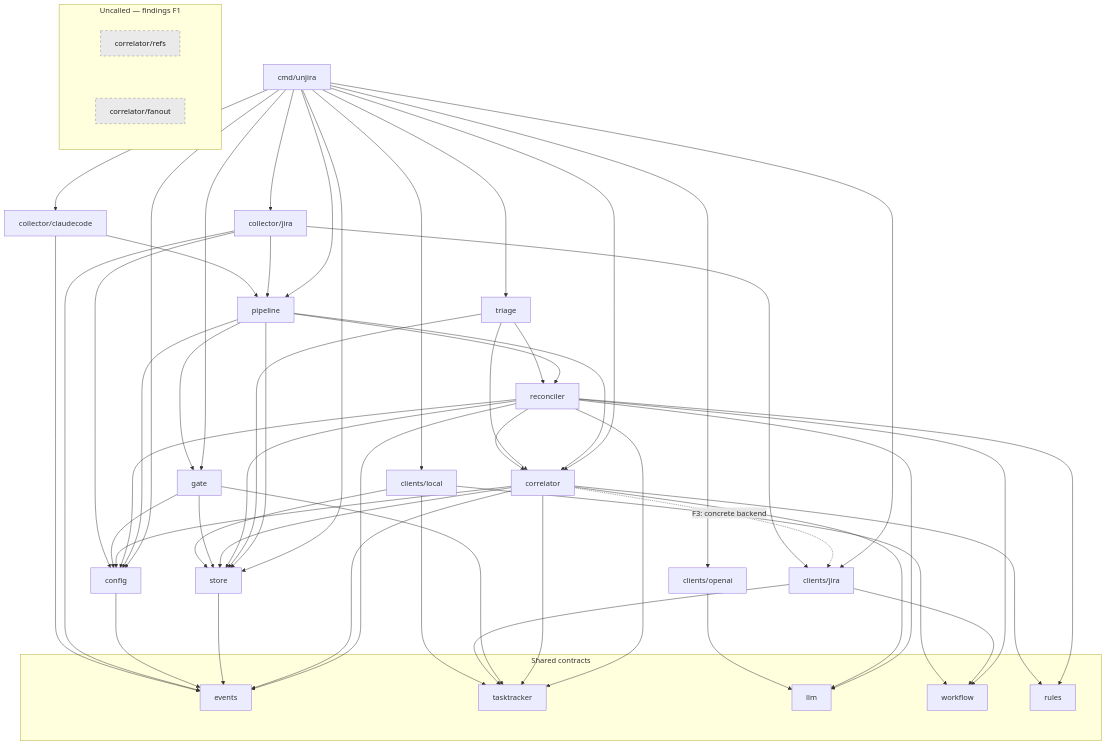
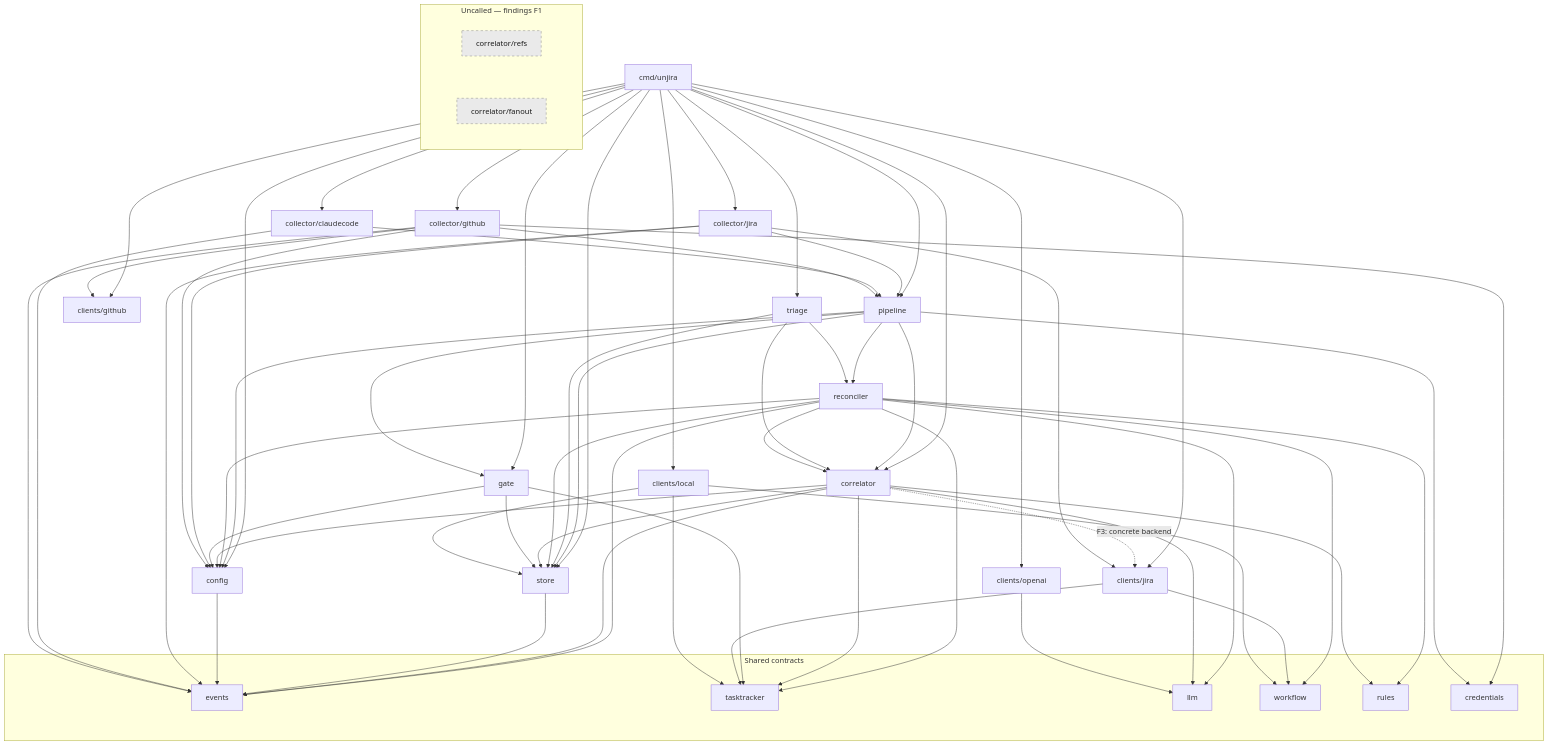
The fourth of 4 diagrams in docs/architecture.md (jcogilvie/unjira), drawn with Mermaid before and after one commit. The commit also changed other lines of this file and 22 other files, not shown here.

````diff
--- a/docs/architecture.md
+++ b/docs/architecture.md
@@ -241,53 +252,58 @@
 ```mermaid
 ---
 config:
   nodeSpacing: 90
   rankSpacing: 130
 ---
 flowchart TB
     CMD["cmd/unjira"]
     PIPE["pipeline"]
     TRIAGE["triage"]
     RECON["reconciler"]
     CORR["correlator"]
     GATE["gate"]
     STORE["store"]
     CONFIG["config"]
     CJIRA["clients/jira"]
+    CGH["clients/github"]
     CLOCAL["clients/local"]
     COAI["clients/openai"]
     COLLJ["collector/jira"]
     COLLC["collector/claudecode"]
+    COLLGH["collector/github"]
 
     subgraph contracts["Shared contracts"]
         EVENTS["events"]
         TT["tasktracker"]
         LLM["llm"]
         WF["workflow"]
         RULES["rules"]
+        CRED["credentials"]
     end
 
     subgraph orphans["Uncalled — findings F1"]
         REFS["correlator/refs"]
         FANOUT["correlator/fanout"]
     end
 
     CMD --> PIPE & TRIAGE & GATE & CORR & STORE & CONFIG
-    CMD --> CJIRA & CLOCAL & COAI & COLLJ & COLLC
+    CMD --> CJIRA & CGH & CLOCAL & COAI & COLLJ & COLLC & COLLGH
     PIPE --> RECON & CORR & GATE & STORE & CONFIG
     TRIAGE --> RECON & CORR & STORE
     RECON --> CORR & STORE & CONFIG & WF & LLM & RULES & EVENTS & TT
     CORR --> STORE & CONFIG & LLM & RULES & EVENTS & TT
     CORR -.->|"F3: concrete backend"| CJIRA
     GATE --> STORE & CONFIG & TT
     STORE --> EVENTS
     CONFIG --> EVENTS
     CJIRA --> TT & WF
     CLOCAL --> STORE & TT & WF
     COAI --> LLM
     COLLJ --> CJIRA & CONFIG & EVENTS & PIPE
     COLLC --> EVENTS & PIPE
+    COLLGH --> CGH & CONFIG & EVENTS & PIPE & CRED
+    PIPE --> CRED
 
     classDef orphan fill:#eaeaea,stroke:#888,stroke-dasharray: 5 5,color:#1a1a1a
     class REFS,FANOUT orphan
 ```
````
